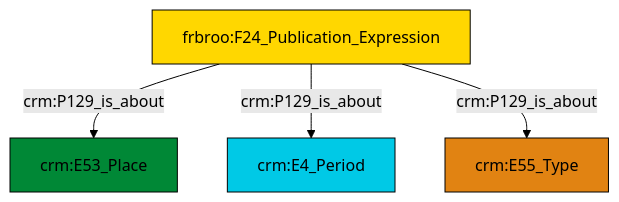
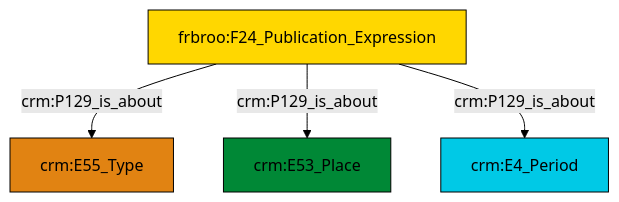
One commit to ncarboni/srdm changed the diagram in et/biblioCSV/ttl/mmd/biblio_aboutness.ttl.mmd. Above: the diagram before and after it, drawn with Mermaid (forest theme). The commit also changed 184 other files, not shown here.

```diff
--- a/et/biblioCSV/ttl/mmd/biblio_aboutness.ttl.mmd
+++ b/et/biblioCSV/ttl/mmd/biblio_aboutness.ttl.mmd
@@ -1,18 +1,18 @@
 graph TD
 classDef Literal fill:#f2f2f2,stroke:#000000;
 classDef CRM_Entity fill:#FFFFFF,stroke:#000000;
 classDef Temporal_Entity fill:#00C9E6, stroke:#000000;
 classDef Type fill:#E18312, stroke:#000000;
 classDef Time-Span fill:#2C9C91, stroke:#000000;
 classDef Appellation fill:#FFEB7F, stroke:#000000;
 classDef Place fill:#008836, stroke:#000000;
 classDef Persistent_Item fill:#B266B2, stroke:#000000;
 classDef Conceptual_Object fill:#FFD700, stroke:#000000;
 classDef Physical_Thing fill:#D2B48C, stroke:#000000;
 classDef Actor fill:#f58aad, stroke:#000000;
 classDef PC_Classes fill:#4ce600, stroke:#000000;
 classDef Multi fill:#cccccc,stroke:#000000;
 
-6["frbroo:F24_Publication_Expression"]:::Conceptual_Object -->|crm:P129_is_about| 2["crm:E53_Place"]:::Place
-6["frbroo:F24_Publication_Expression"]:::Conceptual_Object -->|crm:P129_is_about| 4["crm:E4_Period"]:::Temporal_Entity
-6["frbroo:F24_Publication_Expression"]:::Conceptual_Object -->|crm:P129_is_about| 0["crm:E55_Type"]:::Type
+4["frbroo:F24_Publication_Expression"]:::Conceptual_Object -->|crm:P129_is_about| 2["crm:E55_Type"]:::Type
+4["frbroo:F24_Publication_Expression"]:::Conceptual_Object -->|crm:P129_is_about| 6["crm:E53_Place"]:::Place
+4["frbroo:F24_Publication_Expression"]:::Conceptual_Object -->|crm:P129_is_about| 0["crm:E4_Period"]:::Temporal_Entity
```
